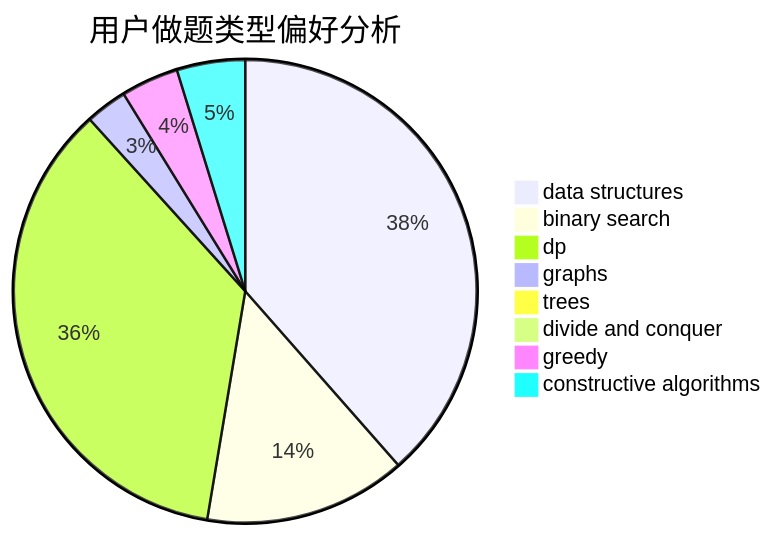
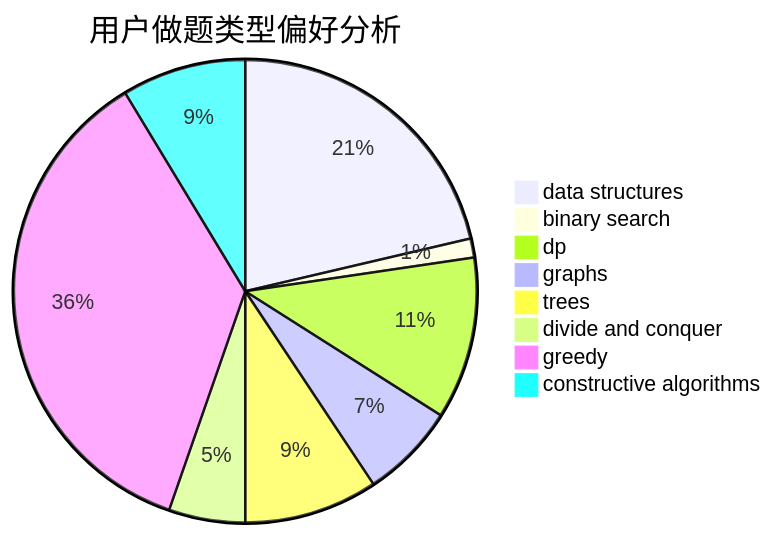
One commit to sherpahu/cfrs.github.io changed the second of 3 diagrams in docs/user/u1846.md. Above: the diagram before and after it, drawn with Mermaid. The commit also changed other lines of this file and 2770 other files, not shown here.

````diff
--- a/docs/user/u1846.md
+++ b/docs/user/u1846.md
@@ -23,11 +23,11 @@
 ```mermaid
 pie title 用户做题类型偏好分析
-    "data structures" :  622
-    "binary search" :  228
-    "dp" :  576
-    "graphs" :  47
-    "trees" :  5
-    "divide and conquer" :  0
-    "greedy" :  65
-    "constructive algorithms" :  77
+    "data structures" :  32
+    "binary search" :  2
+    "dp" :  17
+    "graphs" :  10
+    "trees" :  14
+    "divide and conquer" :  8
+    "greedy" :  54
+    "constructive algorithms" :  13
 ```
````
